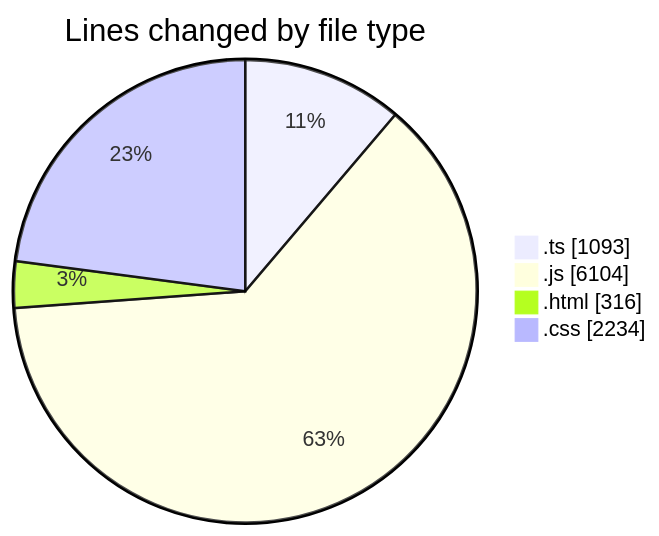
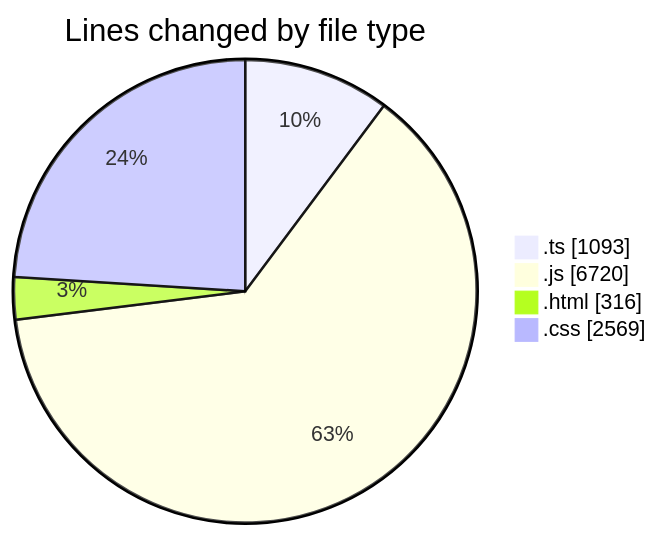
One commit to tmsrecording-cyber/code-tracking changed the first of 2 diagrams in 2026-04-25/darkwire/README.md. Above: the diagram before and after it, drawn with Mermaid. The commit also changed other lines of this file and 1 other file, not shown here.

````diff
--- a/2026-04-25/darkwire/README.md
+++ b/2026-04-25/darkwire/README.md
@@ -38,8 +39,8 @@
 ```mermaid
 pie showData
 title Lines changed by file type
 ".ts" : 1093
-".js" : 6104
+".js" : 6720
 ".html" : 316
-".css" : 2234
+".css" : 2569
 ```
````
